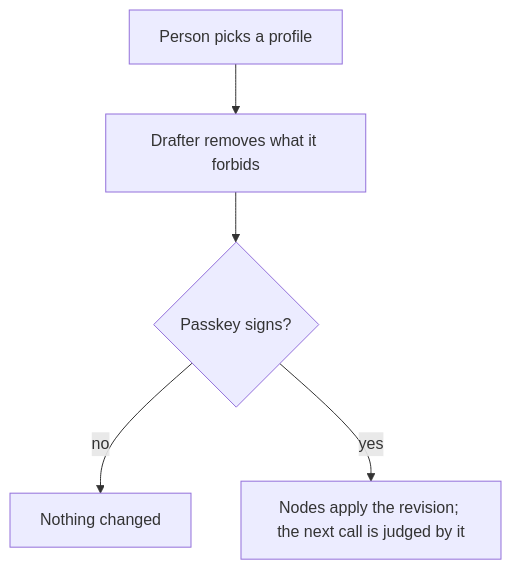
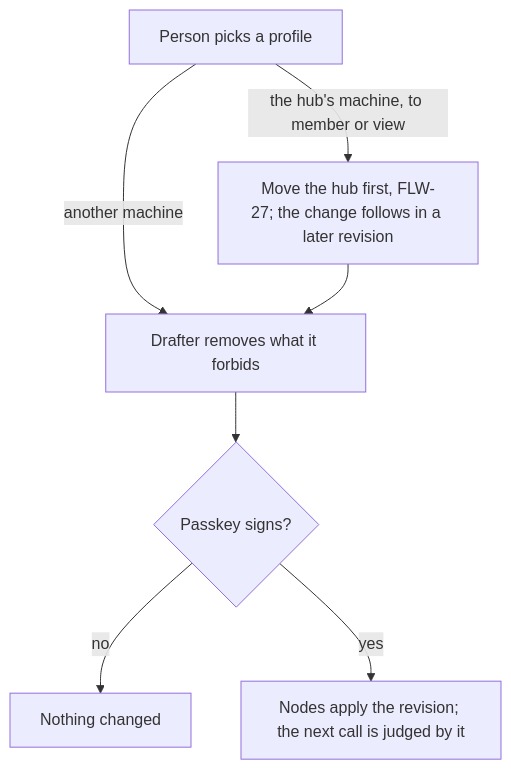
One commit to passioncode-ai/fabric-agent-contract changed diagram 26 of 34 in docs/ux/flows.md. Above: the diagram before and after it, drawn with Mermaid. The commit also changed other lines of this file and 7 other files, not shown here.

````diff
--- a/docs/ux/flows.md
+++ b/docs/ux/flows.md
@@ -643,7 +643,9 @@
 ```mermaid
 flowchart TD
-  P[Person picks a profile] --> D[Drafter removes what it forbids]
+  P[Person picks a profile] -->|another machine| D[Drafter removes what it forbids]
+  P -->|the hub's machine, to member or view| H[Move the hub first, FLW-27; the change follows in a later revision]
+  H --> D
   D --> G{Passkey signs?}
   G -->|no| N[Nothing changed]
   G -->|yes| A[Nodes apply the revision; the next call is judged by it]
 ```
````
